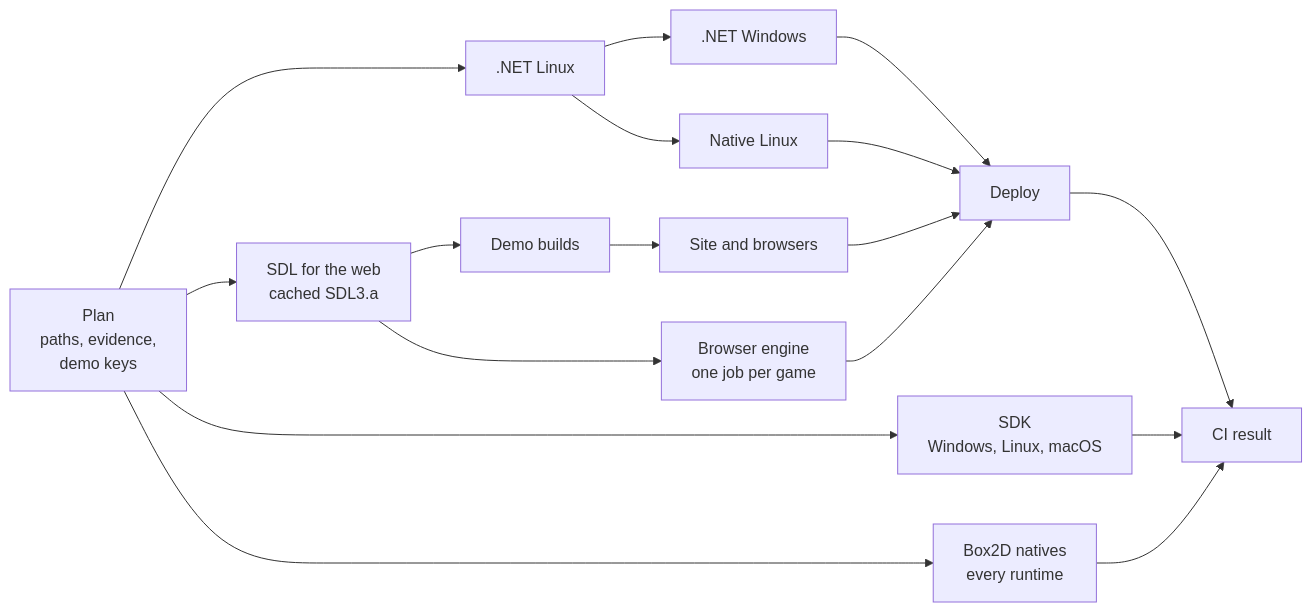
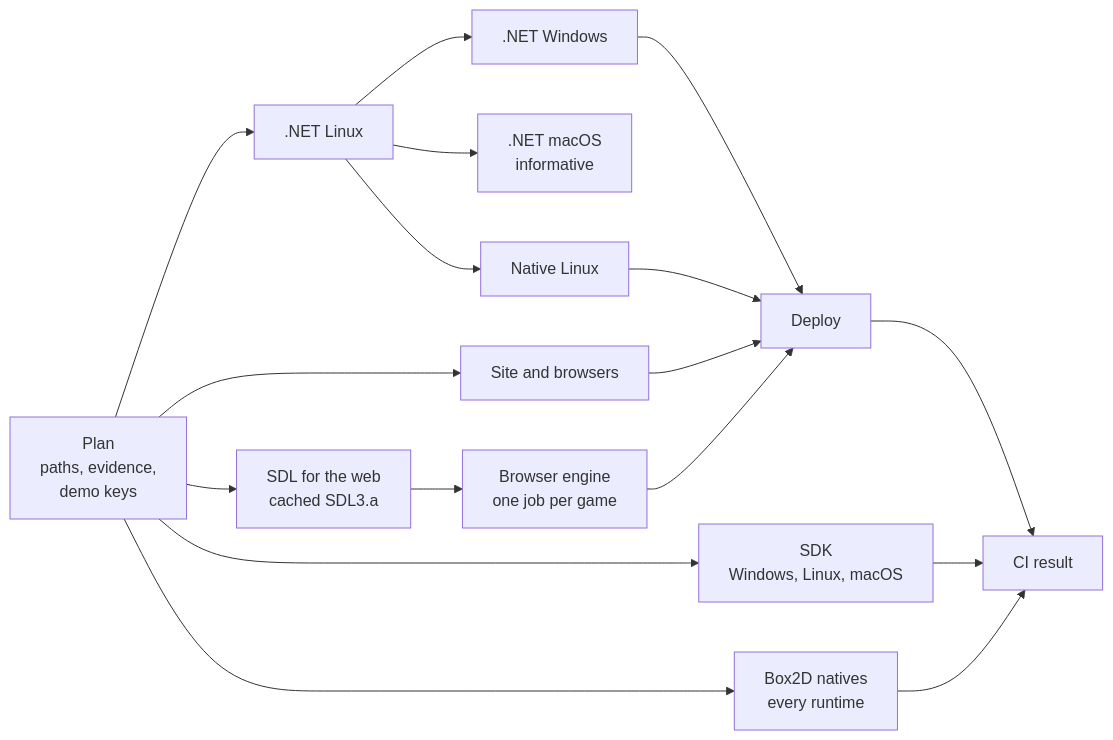
Before and after one commit to NastMz/MicroEngine: the first of 2 diagrams in docs/ci.md, drawn with Mermaid. The commit also changed other lines of this file and 11 other files, not shown here.

First line of the commit message:
ci: build release web packages only in releases, on Linux

````diff
--- a/docs/ci.md
+++ b/docs/ci.md
@@ -32,21 +32,21 @@
 ```mermaid
 flowchart LR
   accTitle: Daily CI
   accDescr: Plan decides the checks, the checks run, the site deploys if needed, and CI result gates everything.
   plan[Plan<br/>paths, evidence,<br/>demo keys] --> linux[.NET Linux]
   linux --> windows[.NET Windows]
+  linux --> macos[.NET macOS<br/>informative]
   linux --> native[Native Linux]
   plan --> sdlweb[SDL for the web<br/>cached SDL3.a]
-  sdlweb --> build[Demo builds]
   sdlweb --> engine[Browser engine<br/>one job per game]
   plan --> sdk[SDK<br/>Windows, Linux, macOS]
   plan --> box2d[Box2D natives<br/>every runtime]
-  build --> site[Site and browsers]
+  plan --> site[Site and browsers]
   windows --> deploy[Deploy]
   native --> deploy
   site --> deploy
   engine --> deploy
   deploy --> result[CI result]
   sdk --> result
   box2d --> result
 ```
````
